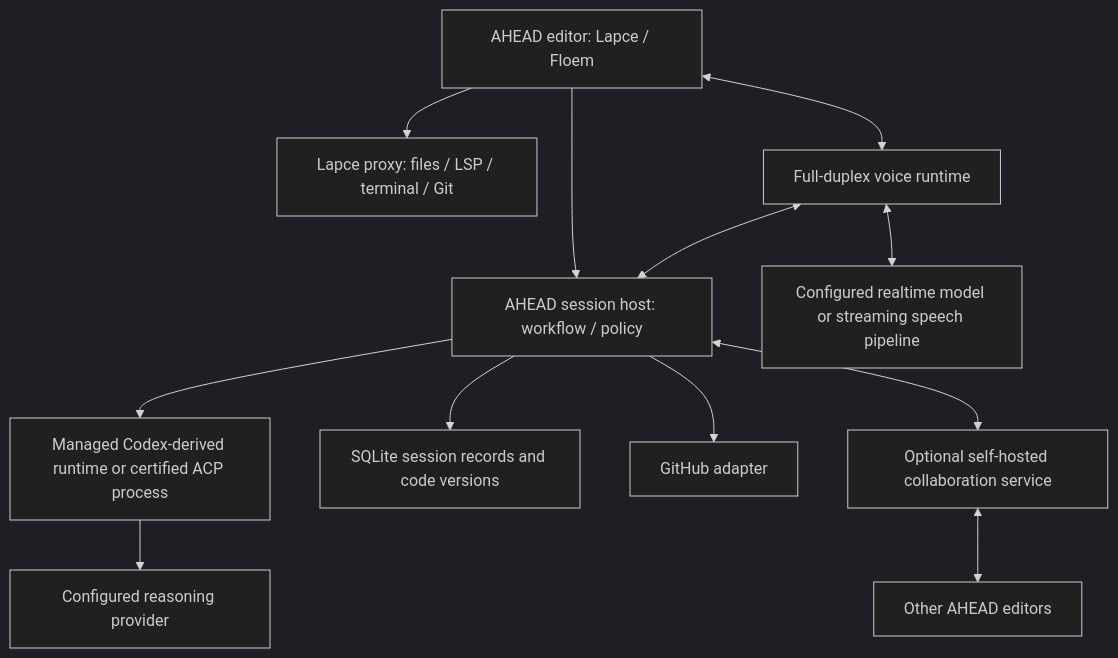
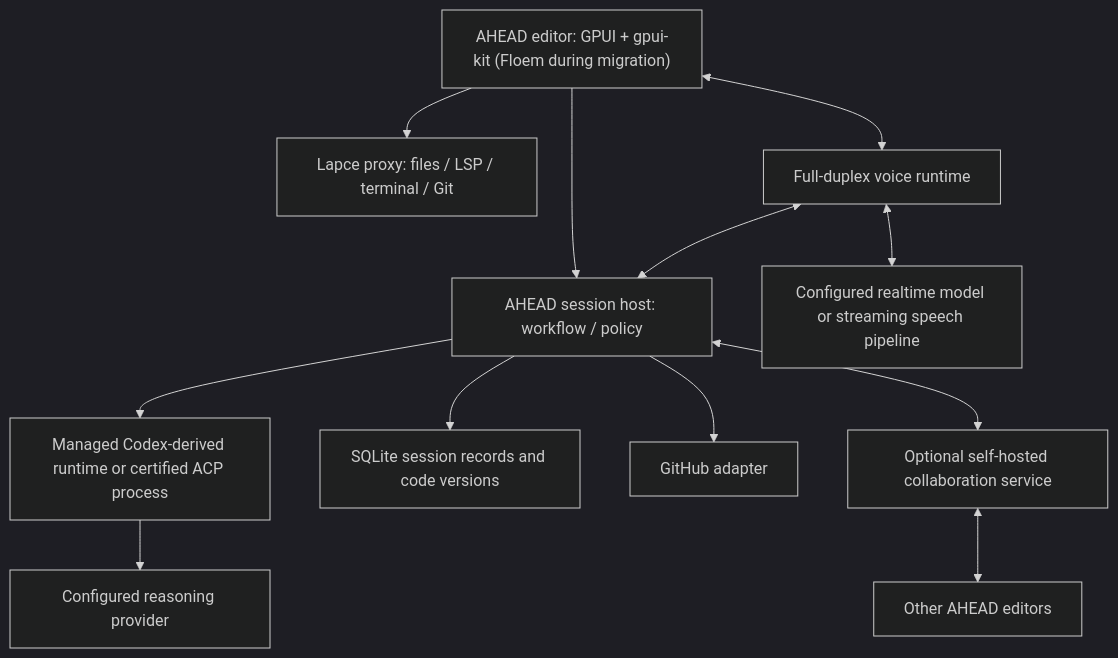
One commit to Kade-Powell/ahead changed the first of 2 diagrams in docs/development/ahead-editor-mvp.md. Above: the diagram before and after it, drawn with Mermaid (dark theme). The commit also changed 2 other files, not shown here.

Commit message:
docs: select GPUI plus gpui-kit with Vue contingency and hard gates
Decision 0003 now names one production target (GPUI + gpui-kit),
documents the Tauri comparison with Vue 3 as the contingency, and
adds hard acceptance gates that must pass before Floem is removed.
Decision 0002 marked superseded; spec architecture diagram notes the
Floem-to-GPUI migration. Post-MVP clippy lint set recorded from
cola-v2 (deferred until MVP).

````diff
--- a/docs/development/ahead-editor-mvp.md
+++ b/docs/development/ahead-editor-mvp.md
@@ -210,14 +210,14 @@
 ```mermaid
 flowchart TD
-    UI["AHEAD editor: Lapce / Floem"] --> Host["AHEAD session host: workflow / policy"]
+    UI["AHEAD editor: GPUI + gpui-kit (Floem during migration)"] --> Host["AHEAD session host: workflow / policy"]
     UI --> Proxy["Lapce proxy: files / LSP / terminal / Git"]
     Host --> Runtime["Managed Codex-derived runtime or certified ACP process"]
     Runtime --> Models["Configured reasoning provider"]
     UI <--> Audio["Full-duplex voice runtime"]
     Audio <--> Host
     Audio <--> Speech["Configured realtime model or streaming speech pipeline"]
     Host --> Local["SQLite session records and code versions"]
     Host --> Tracker["GitHub adapter"]
     Host <--> Team["Optional self-hosted collaboration service"]
     Team <--> Peer["Other AHEAD editors"]
 ```
````
